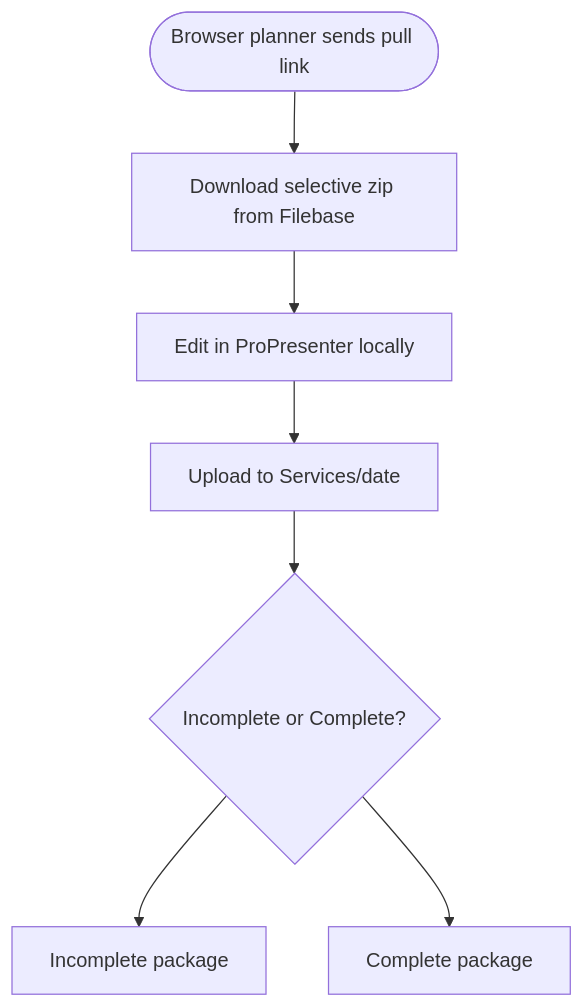
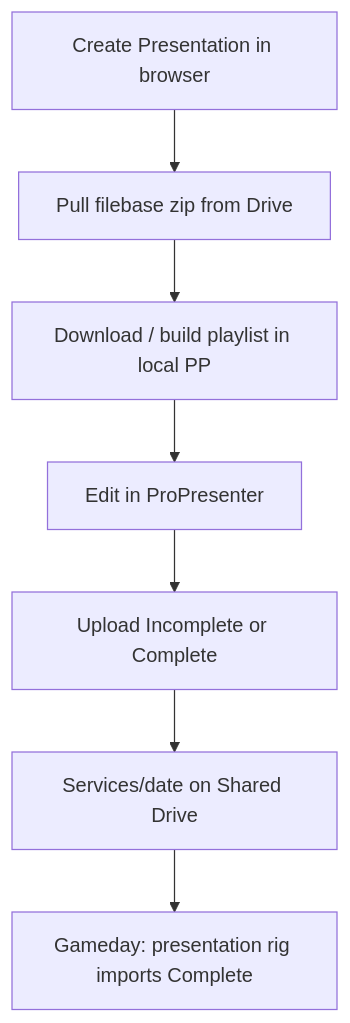
One commit to jdelgadillo19/church-planning-buddy changed the diagram in docs/planning/grapevine-ux/06-workflow-remote-prep.md. Above: the diagram before and after it, drawn with Mermaid. The commit also changed other lines of this file and 77 other files, not shown here.

First line of the commit message:
Ship slide-deck handoff workflow with librarian filebase and rig policy.

````diff
--- a/docs/planning/grapevine-ux/06-workflow-remote-prep.md
+++ b/docs/planning/grapevine-ux/06-workflow-remote-prep.md
@@ -16,9 +18,9 @@
 ```mermaid
 flowchart TD
-  Start([Browser planner sends pull link]) --> Pull[Download selective zip from Filebase]
-  Pull --> Edit[Edit in ProPresenter locally]
-  Edit --> Upload[Upload to Services/date]
-  Upload --> Status{Incomplete or Complete?}
-  Status --> Incomplete[Incomplete package]
-  Status --> Complete[Complete package]
+  Create[Create Presentation in browser] --> Pull[Pull filebase zip from Drive]
+  Pull --> Build[Download / build playlist in local PP]
+  Build --> Edit[Edit in ProPresenter]
+  Edit --> Upload[Upload Incomplete or Complete]
+  Upload --> Services[Services/date on Shared Drive]
+  Services --> Rig[Gameday: presentation rig imports Complete]
 ```
````
